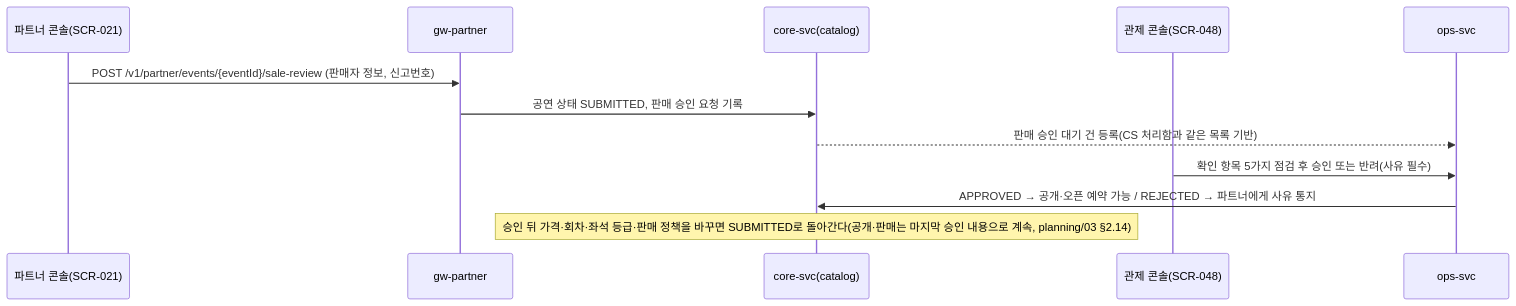
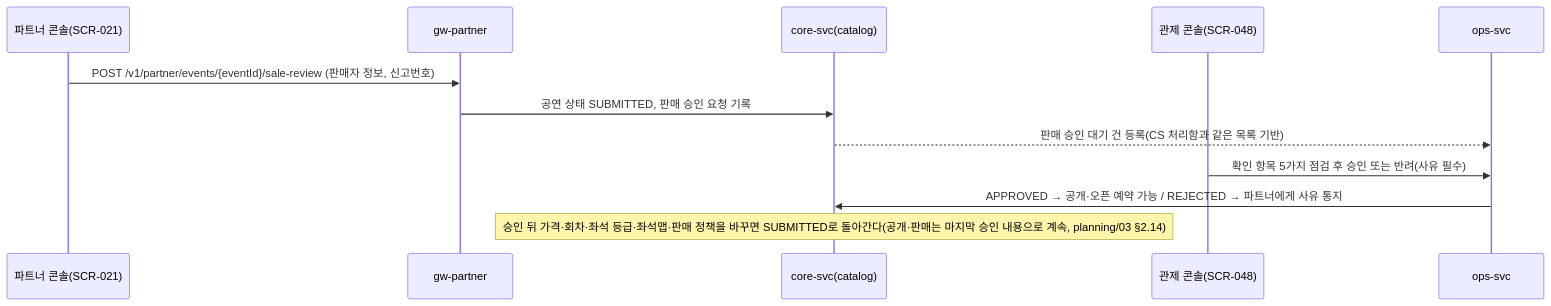
The first of 4 diagrams in docs/features/transfer-refund.md (peaket/peaket), drawn with Mermaid before and after one commit. The commit also changed 111 other files, not shown here.

````diff
--- a/docs/features/transfer-refund.md
+++ b/docs/features/transfer-refund.md
@@ -28,14 +28,14 @@
 ```mermaid
 sequenceDiagram
     participant PC as 파트너 콘솔(SCR-021)
     participant GP as gw-partner
     participant C as core-svc(catalog)
     participant OC as 관제 콘솔(SCR-048)
     participant O as ops-svc
     PC->>GP: POST /v1/partner/events/{eventId}/sale-review (판매자 정보, 신고번호)
     GP->>C: 공연 상태 SUBMITTED, 판매 승인 요청 기록
     C-->>O: 판매 승인 대기 건 등록(CS 처리함과 같은 목록 기반)
     OC->>O: 확인 항목 5가지 점검 후 승인 또는 반려(사유 필수)
     O->>C: APPROVED → 공개·오픈 예약 가능 / REJECTED → 파트너에게 사유 통지
-    Note over C: 승인 뒤 가격·회차·좌석 등급·판매 정책을 바꾸면 SUBMITTED로 돌아간다(공개·판매는 마지막 승인 내용으로 계속, planning/03 §2.14)
+    Note over C: 승인 뒤 가격·회차·좌석 등급·좌석맵·판매 정책을 바꾸면 SUBMITTED로 돌아간다(공개·판매는 마지막 승인 내용으로 계속, planning/03 §2.14)
 ```
````
